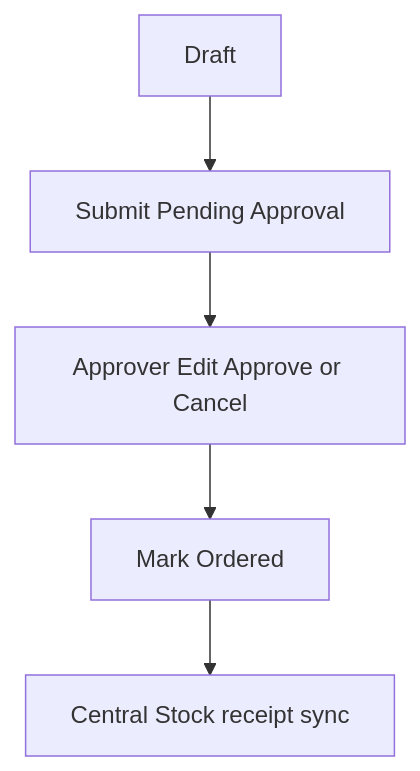
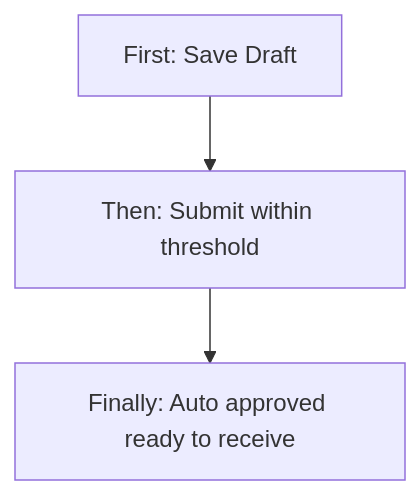
One commit to Aurifex-Innovations/ERP_docs changed the sixth of 10 diagrams in v0_final_docs/purchase-order-management.md. Above: the diagram before and after it, drawn with Mermaid. The commit also changed other lines of this file, not shown here.

````diff
--- a/v0_final_docs/purchase-order-management.md
+++ b/v0_final_docs/purchase-order-management.md
@@ -276,7 +434,5 @@
 ```mermaid
 flowchart TD
-  draft["Draft"] --> submit["Submit Pending Approval"]
-  submit --> decide["Approver Edit Approve or Cancel"]
-  decide --> ordered["Mark Ordered"]
-  ordered --> receive["Central Stock receipt sync"]
+  draftIn["First: Save Draft"] --> submitIn["Then: Submit within threshold"]
+  submitIn --> autoOk["Finally: Auto approved ready to receive"]
 ```
````
